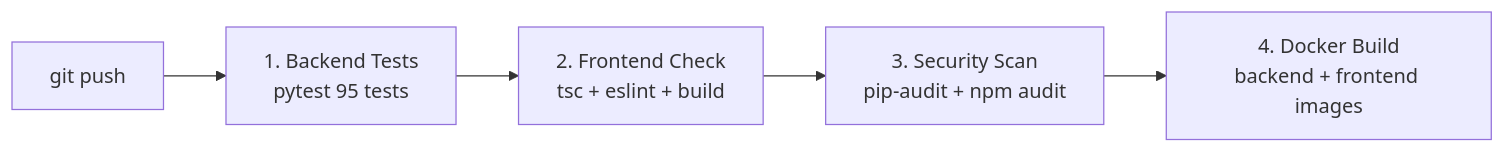
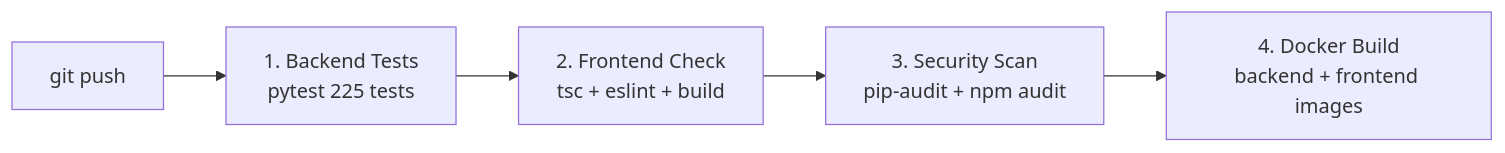
The diagram in docs/DEVELOPMENT.md (Siddharthpatni/Project-1), drawn with Mermaid before and after one commit. The commit also changed other lines of this file and 9 other files, not shown here.

````diff
--- a/docs/DEVELOPMENT.md
+++ b/docs/DEVELOPMENT.md
@@ -356,7 +357,7 @@
 ```mermaid
 flowchart LR
-    PUSH[git push] --> LINT[1. Backend Tests<br/>pytest 95 tests]
+    PUSH[git push] --> LINT[1. Backend Tests<br/>pytest 225 tests]
     LINT --> FE[2. Frontend Check<br/>tsc + eslint + build]
     FE --> SEC[3. Security Scan<br/>pip-audit + npm audit]
     SEC --> DOCKER[4. Docker Build<br/>backend + frontend images]
 ```
````
